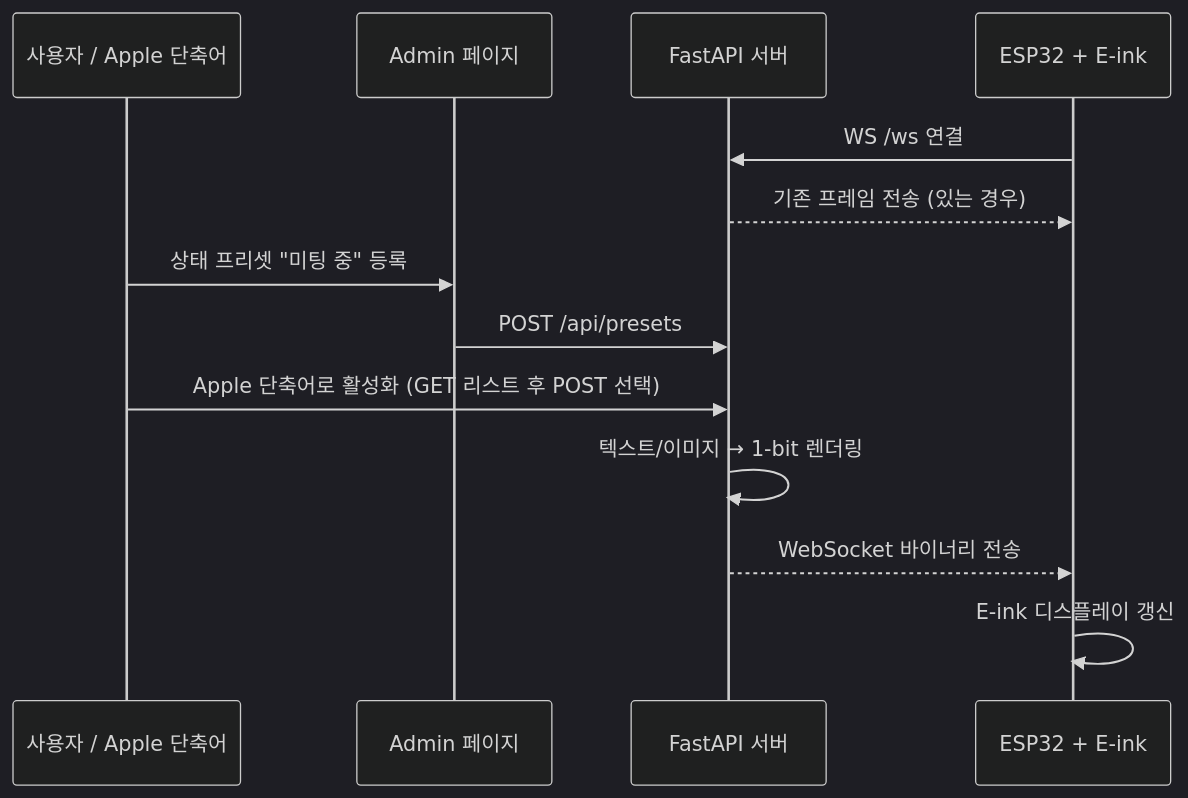
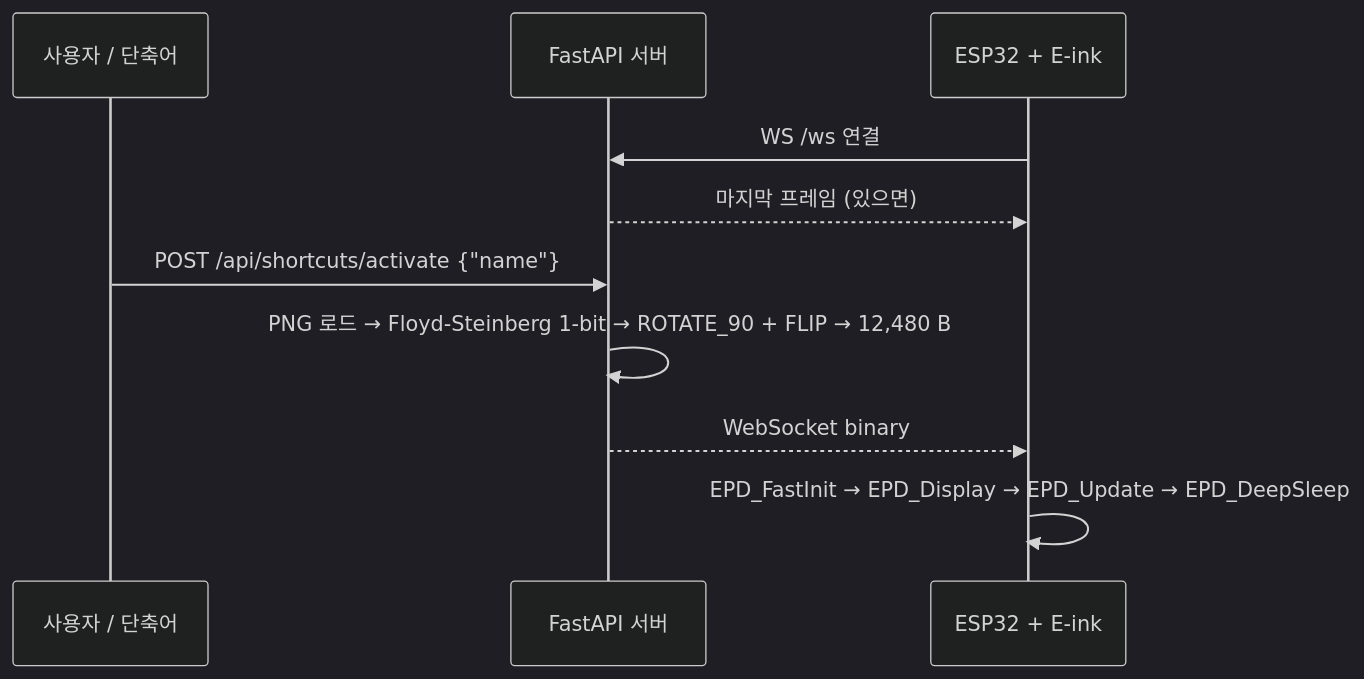
Before and after one commit to Junja0419/eink-status-board: the diagram in README.md, drawn with Mermaid (dark theme). The commit also changed other lines of this file and 3 other files, not shown here.

````diff
--- a/README.md
+++ b/README.md
@@ -249,18 +154,13 @@
 ```mermaid
 sequenceDiagram
-    participant User as 사용자 / Apple 단축어
-    participant Admin as Admin 페이지
-    participant Server as FastAPI 서버
-    participant ESP as ESP32 + E-ink
+    participant U as 사용자 / 단축어
+    participant S as FastAPI 서버
+    participant E as ESP32 + E-ink
 
-    ESP->>Server: WS /ws 연결
-    Server-->>ESP: 기존 프레임 전송 (있는 경우)
-
-    User->>Admin: 상태 프리셋 "미팅 중" 등록
-    Admin->>Server: POST /api/presets
-
-    User->>Server: Apple 단축어로 활성화 (GET 리스트 후 POST 선택)
-    Server->>Server: 텍스트/이미지 → 1-bit 렌더링
-    Server-->>ESP: WebSocket 바이너리 전송
-    ESP->>ESP: E-ink 디스플레이 갱신
+    E->>S: WS /ws 연결
+    S-->>E: 마지막 프레임 (있으면)
+    U->>S: POST /api/shortcuts/activate {"name"}
+    S->>S: PNG 로드 → Floyd-Steinberg 1-bit → ROTATE_90 + FLIP → 12,480 B
+    S-->>E: WebSocket binary
+    E->>E: EPD_FastInit → EPD_Display → EPD_Update → EPD_DeepSleep
 ```
````
